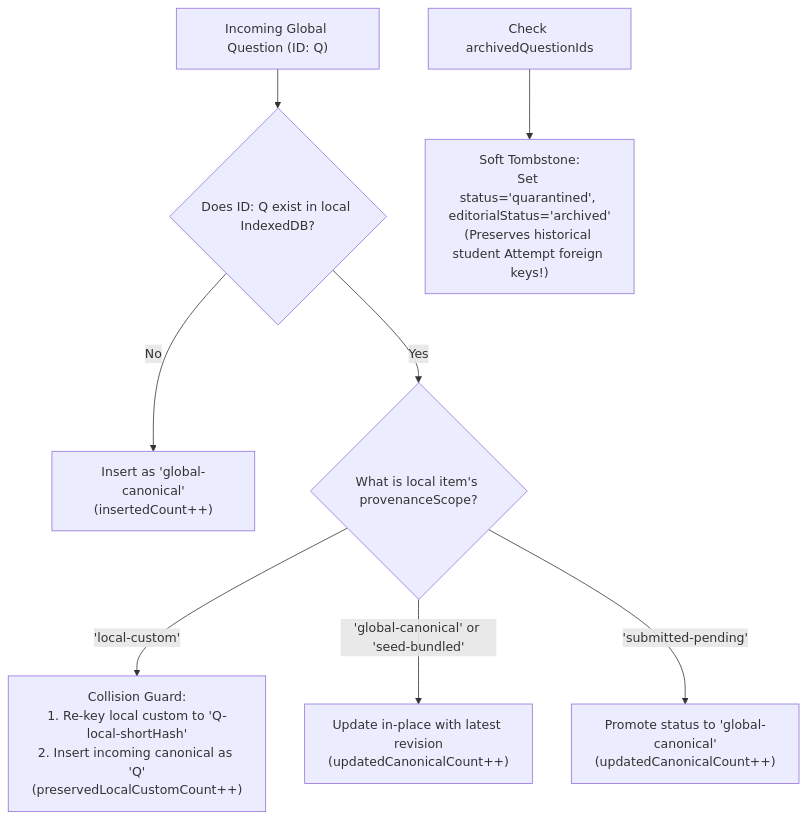
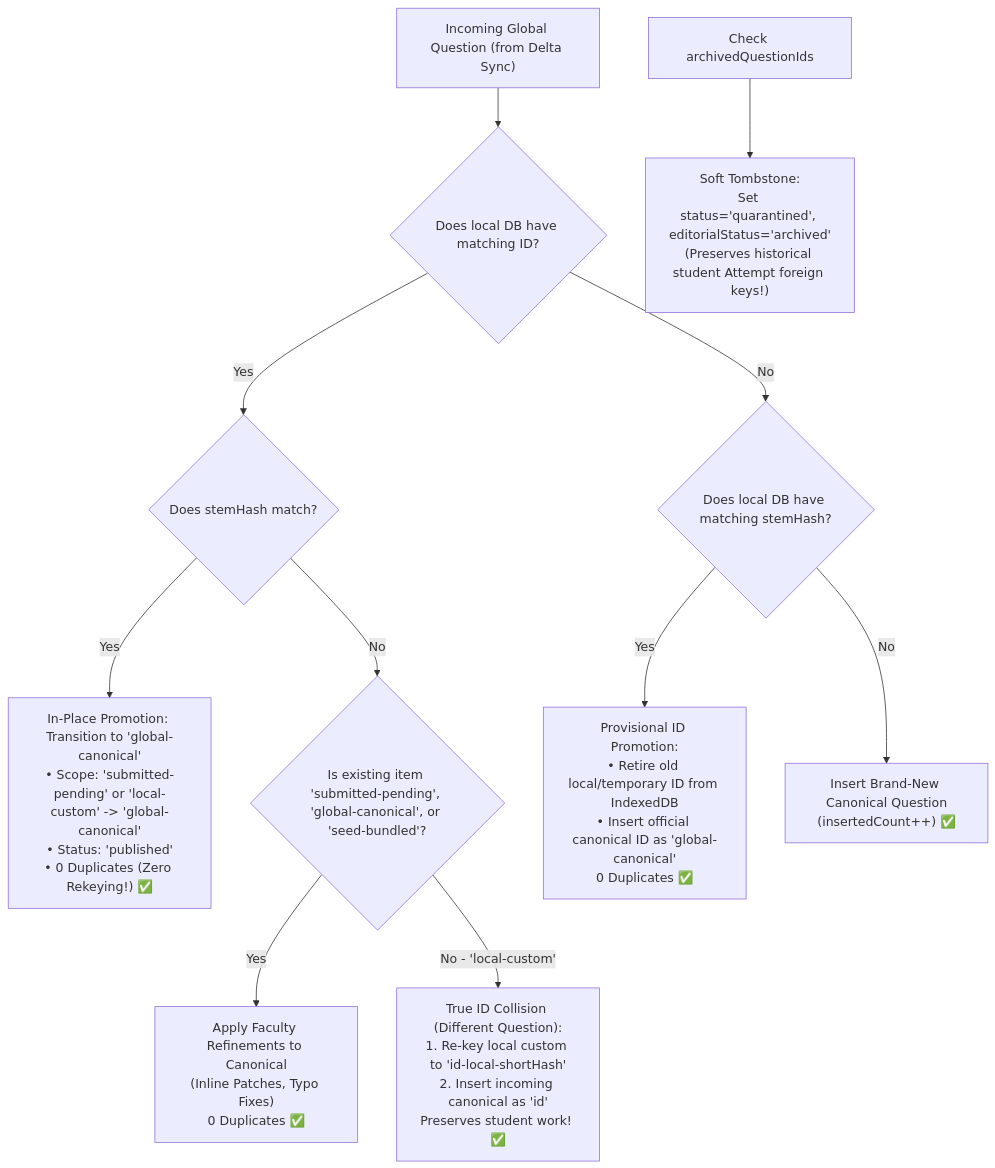
Before and after one commit to mostafammy/med-quests-apps: diagram 11 of 17 in README.md, drawn with Mermaid. The commit also changed other lines of this file, not shown here.

Commit message:
docs: add Local-to-Global Bank Recovery sequence diagram and architectural specification

````diff
--- a/README.md
+++ b/README.md
@@ -594,14 +595,20 @@
 ```mermaid
 flowchart TD
-    Incoming["Incoming Global Question (ID: Q)"] --> ExistsCheck{"Does ID: Q exist in local IndexedDB?"}
+    Incoming["Incoming Global Question (from Delta Sync)"]
+    CheckID{"Does local DB have matching ID?"}
+    CheckHash{"Does local DB have matching stemHash?"}
     
-    ExistsCheck -- No --> InsertCanonical["Insert as 'global-canonical'<br/>(insertedCount++)"]
+    Incoming --> CheckID
     
-    ExistsCheck -- Yes --> ScopeCheck{"What is local item's provenanceScope?"}
+    CheckID -->|Yes| SameStem{"Does stemHash match?"}
+    SameStem -->|Yes| Promote1["In-Place Promotion: Transition to 'global-canonical'\n• Scope: 'submitted-pending' or 'local-custom' -> 'global-canonical'\n• Status: 'published'\n• 0 Duplicates (Zero Rekeying!) ✅"]
+    SameStem -->|No| CheckScope{"Is existing item 'submitted-pending', 'global-canonical', or 'seed-bundled'?"}
+    CheckScope -->|Yes| UpdatePatch["Apply Faculty Refinements to Canonical\n(Inline Patches, Typo Fixes)\n0 Duplicates ✅"]
+    CheckScope -->|No - 'local-custom'| TrueCollision["True ID Collision (Different Question):\n1. Re-key local custom to 'id-local-shortHash'\n2. Insert incoming canonical as 'id'\nPreserves student work! ✅"]
     
-    ScopeCheck -- "'local-custom'" --> Rekey["Collision Guard:<br/>1. Re-key local custom to 'Q-local-shortHash'<br/>2. Insert incoming canonical as 'Q'<br/>(preservedLocalCustomCount++)"]
-    ScopeCheck -- "'global-canonical' or 'seed-bundled'" --> UpdateCanonical["Update in-place with latest revision<br/>(updatedCanonicalCount++)"]
-    ScopeCheck -- "'submitted-pending'" --> PromoteCanonical["Promote status to 'global-canonical'<br/>(updatedCanonicalCount++)"]
+    CheckID -->|No| CheckHash
+    CheckHash -->|Yes| ReconcileTemp["Provisional ID Promotion:\n• Retire old local/temporary ID from IndexedDB\n• Insert official canonical ID as 'global-canonical'\n0 Duplicates ✅"]
+    CheckHash -->|No| InsertBrandNew["Insert Brand-New Canonical Question\n(insertedCount++) ✅"]
 
-    ArchivedCheck["Check archivedQuestionIds"] --> Tombstone["Soft Tombstone:<br/>Set status='quarantined', editorialStatus='archived'<br/>(Preserves historical student Attempt foreign keys!)"]
+    ArchivedCheck["Check archivedQuestionIds"] --> Tombstone["Soft Tombstone:\nSet status='quarantined', editorialStatus='archived'\n(Preserves historical student Attempt foreign keys!)"]
 ```
````
